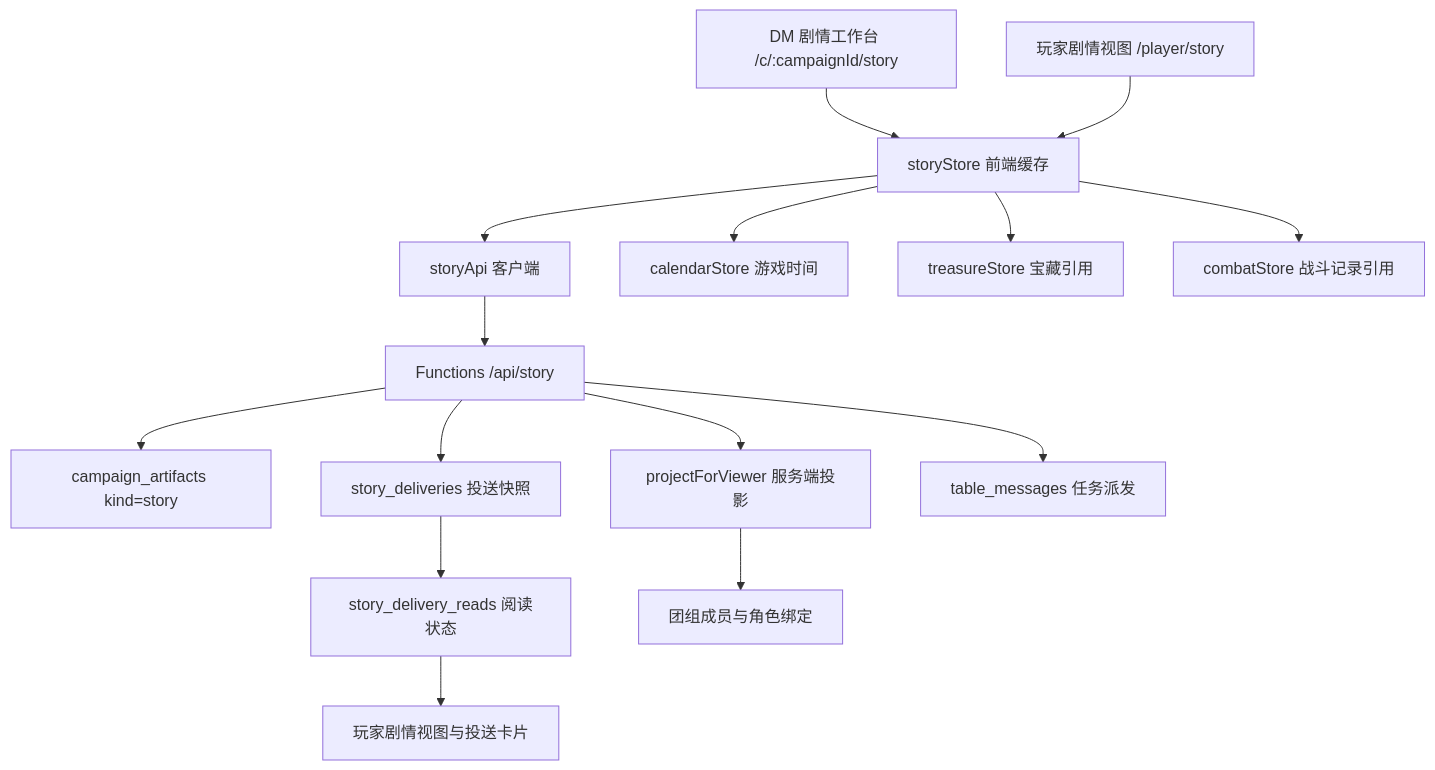
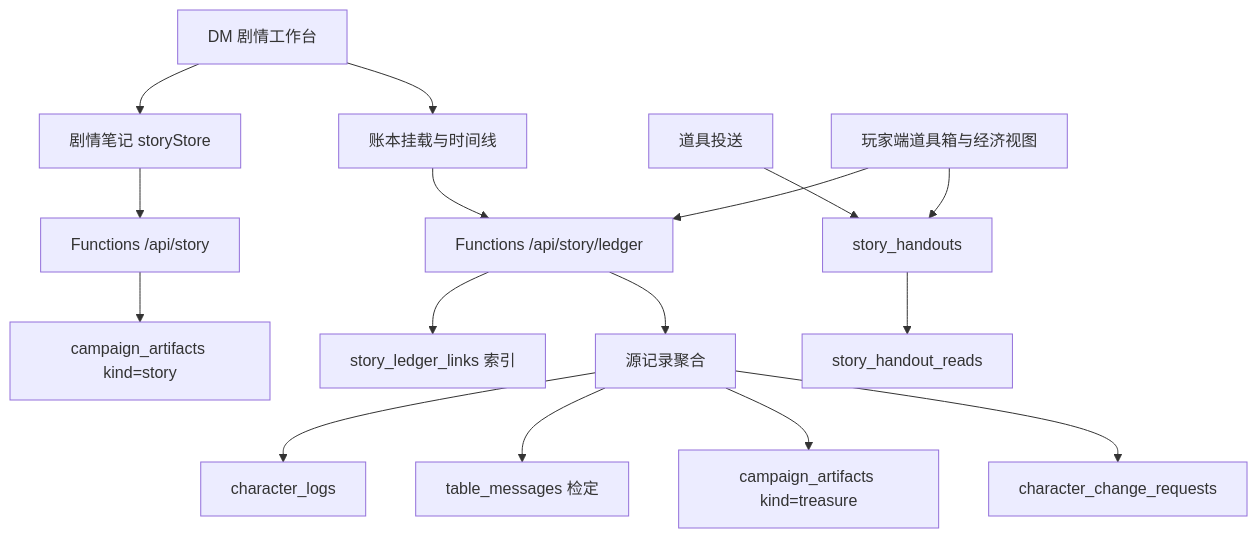
Before and after one commit to Romand0/DND-new: the first of 2 diagrams in .monkeycode/specs/story-management/design.md, drawn with Mermaid. The commit also changed other lines of this file and 4 other files, not shown here.

Commit message:
docs(story): 重构为 DM 剧情笔记 + 战役经济账本双域 Co-authored-by: monkeycode-ai <monkeycode-ai@chaitin.com>

````diff
--- a/.monkeycode/specs/story-management/design.md
+++ b/.monkeycode/specs/story-management/design.md
@@ -24,17 +26,18 @@
 ```mermaid
 graph TD
-  A["DM 剧情工作台 /c/:campaignId/story"] --> B["storyStore 前端缓存"]
-  C["玩家剧情视图 /player/story"] --> B
-  B --> D["storyApi 客户端"]
-  D --> E["Functions /api/story"]
-  E --> F["campaign_artifacts kind=story"]
-  E --> M["story_deliveries 投送快照"]
-  M --> N["story_delivery_reads 阅读状态"]
-  E --> G["projectForViewer 服务端投影"]
-  G --> H["团组成员与角色绑定"]
-  B --> I["calendarStore 游戏时间"]
-  E --> J["table_messages 任务派发"]
-  B --> K["treasureStore 宝藏引用"]
-  B --> L["combatStore 战斗记录引用"]
-  N --> O["玩家剧情视图与投送卡片"]
+  A["DM 剧情工作台"] --> B["剧情笔记 storyStore"]
+  A --> C["账本挂载与时间线"]
+  B --> D["Functions /api/story"]
+  D --> E["campaign_artifacts kind=story"]
+  C --> F["Functions /api/story/ledger"]
+  F --> G["story_ledger_links 索引"]
+  F --> H["源记录聚合"]
+  H --> I["character_logs"]
+  H --> J["table_messages 检定"]
+  H --> K["campaign_artifacts kind=treasure"]
+  H --> L["character_change_requests"]
+  M["道具投送"] --> N["story_handouts"]
+  N --> O["story_handout_reads"]
+  P["玩家端道具箱与经济视图"] --> N
+  P --> F
 ```
````
